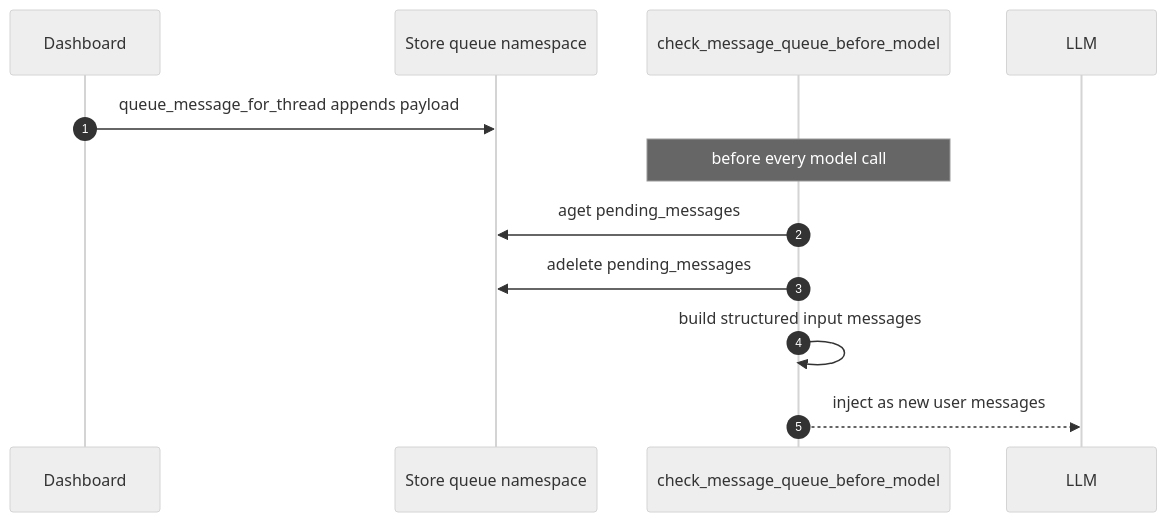
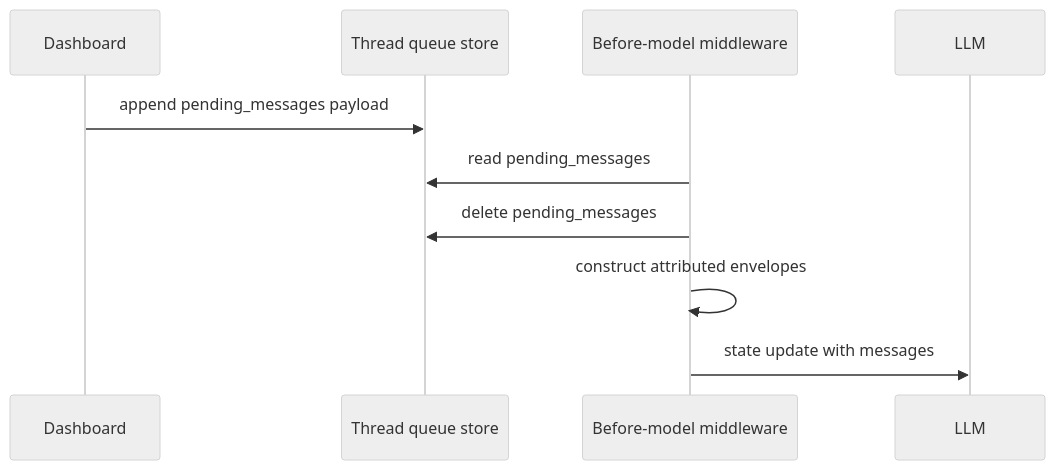
One commit to langchain-ai/open-swe changed the second of 2 diagrams in openwiki/workflows/follow-up-messages.md. Above: the diagram before and after it, drawn with Mermaid (neutral theme). The commit also changed other lines of this file and 52 other files, not shown here.

````diff
--- a/openwiki/workflows/follow-up-messages.md
+++ b/openwiki/workflows/follow-up-messages.md
@@ -147,15 +119,13 @@
 ```mermaid
 sequenceDiagram
-    autonumber
-    participant Dashboard
-    participant Queue as Store queue namespace
-    participant MW as check_message_queue_before_model
+    participant Web as Dashboard
+    participant Store as Thread queue store
+    participant Middleware as Before-model middleware
     participant Model as LLM
 
-    Dashboard->>Queue: queue_message_for_thread appends payload
-    Note over MW: before every model call
-    MW->>Queue: aget pending_messages
-    MW->>Queue: adelete pending_messages
-    MW->>MW: build structured input messages
-    MW-->>Model: inject as new user messages
+    Web->>Store: append pending_messages payload
+    Middleware->>Store: read pending_messages
+    Middleware->>Store: delete pending_messages
+    Middleware->>Middleware: construct attributed envelopes
+    Middleware->>Model: state update with messages
 ```
````
